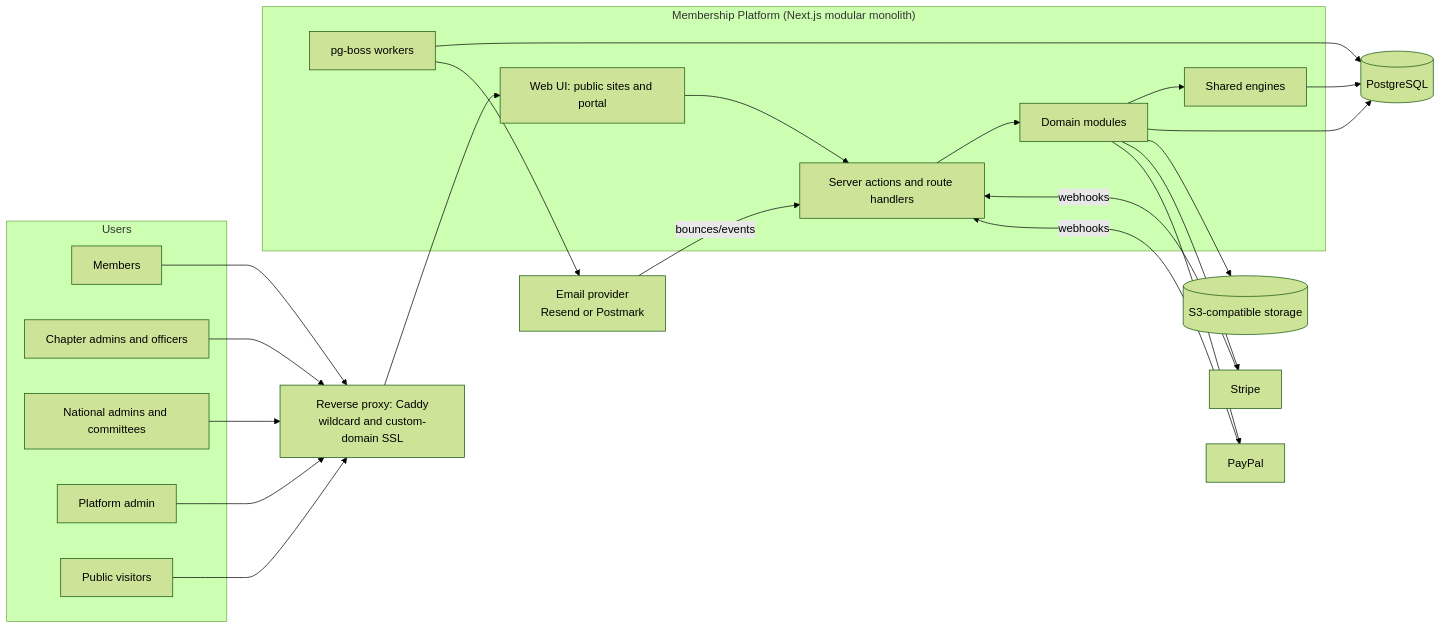
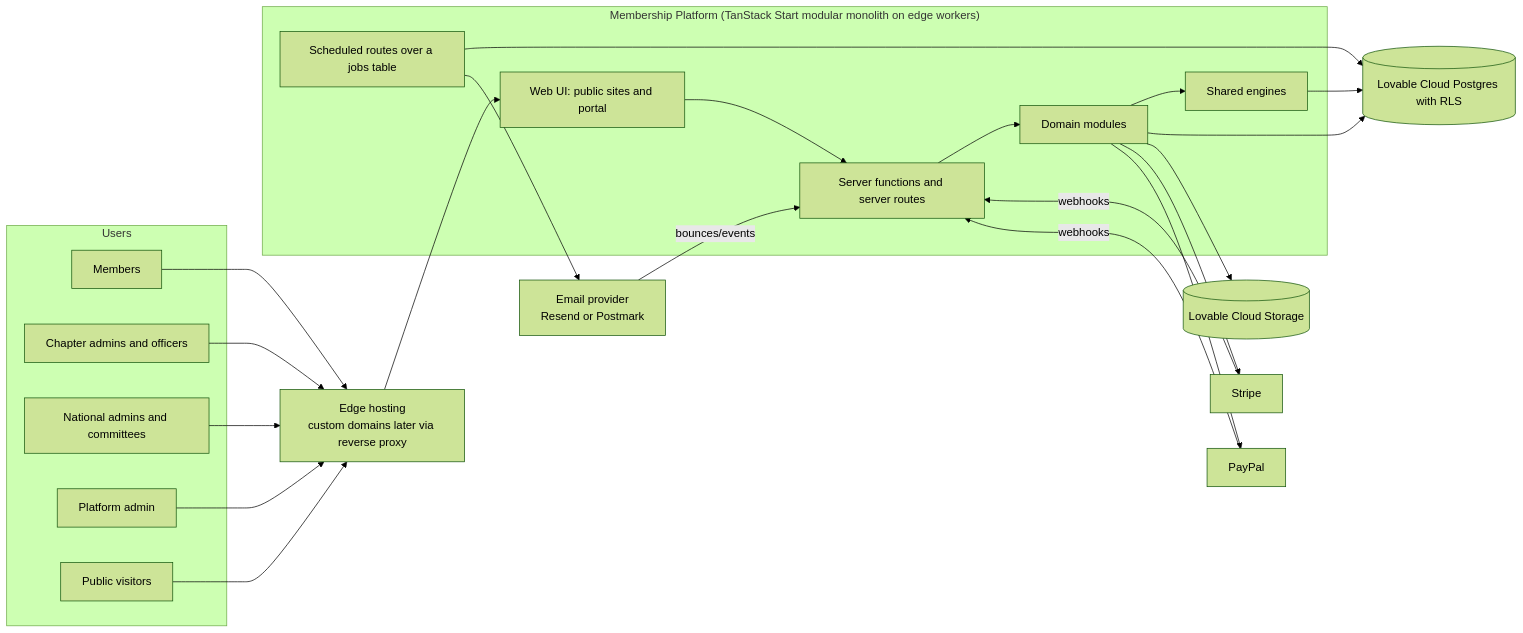
One commit to Nox-Mob/OpenCharterApp changed the first of 5 diagrams in docs/architecture.md. Above: the diagram before and after it, drawn with Mermaid (forest theme). The commit also changed other lines of this file and 6 other files, not shown here.

````diff
--- a/docs/architecture.md
+++ b/docs/architecture.md
@@ -11,45 +13,45 @@
 ```mermaid
 flowchart LR
     subgraph Users
         M[Members]
         CA[Chapter admins and officers]
         NA[National admins and committees]
         PA[Platform admin]
         PUB[Public visitors]
     end
 
-    subgraph App["Membership Platform (Next.js modular monolith)"]
+    subgraph App["Membership Platform (TanStack Start modular monolith on edge workers)"]
         WEB[Web UI: public sites and portal]
-        API[Server actions and route handlers]
+        API[Server functions and server routes]
         ENG[Shared engines]
         MOD[Domain modules]
-        JOBS[pg-boss workers]
+        JOBS[Scheduled routes over a jobs table]
     end
 
-    DB[(PostgreSQL)]
-    S3[(S3-compatible storage)]
-    PROXY[Reverse proxy: Caddy<br/>wildcard and custom-domain SSL]
+    DB[(Lovable Cloud Postgres with RLS)]
+    S3[(Lovable Cloud Storage)]
+    PROXY[Edge hosting<br/>custom domains later via reverse proxy]
     STRIPE[Stripe]
     PAYPAL[PayPal]
     EMAIL[Email provider<br/>Resend or Postmark]
 
     PUB --> PROXY
     M --> PROXY
     CA --> PROXY
     NA --> PROXY
     PA --> PROXY
     PROXY --> WEB
     WEB --> API
     API --> MOD
     MOD --> ENG
     MOD --> DB
     ENG --> DB
     JOBS --> DB
     JOBS --> EMAIL
     MOD --> S3
     MOD --> STRIPE
     MOD --> PAYPAL
     STRIPE -- webhooks --> API
     PAYPAL -- webhooks --> API
     EMAIL -- bounces/events --> API
 ```
````
